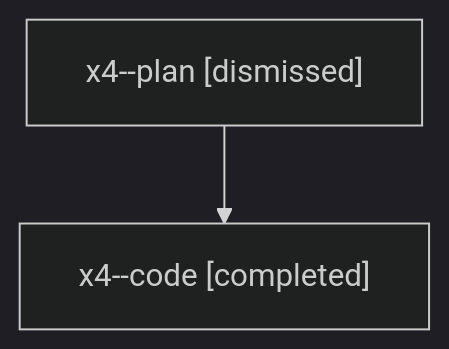
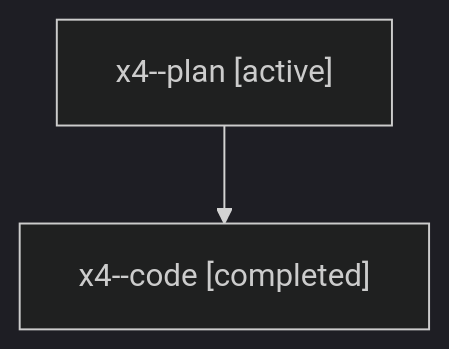
One commit to sase-org/sase--agents changed the diagram in families/bbugyi200.athena.x4.md. Above: the diagram before and after it, drawn with Mermaid (dark theme). The commit also changed other lines of this file and 35830 other files, not shown here.

````diff
--- a/families/bbugyi200.athena.x4.md
+++ b/families/bbugyi200.athena.x4.md
@@ -9,6 +9,6 @@
 ```mermaid
 flowchart TD
-  n0["x4--plan [dismissed]"]
+  n0["x4--plan [active]"]
   n1["x4--code [completed]"]
   n0 --> n1
 ```
````
